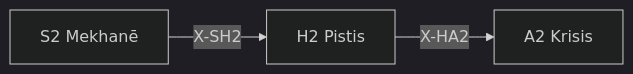
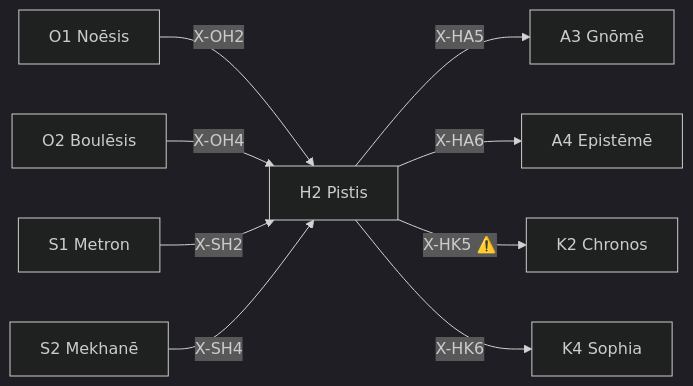
The diagram in .agent/skills/horme/h2-pistis/SKILL.md (laihuip001/hegemonikon), drawn with Mermaid (dark theme) before and after one commit. The commit also changed other lines of this file and 21 other files, not shown here.

````diff
--- a/.agent/skills/horme/h2-pistis/SKILL.md
+++ b/.agent/skills/horme/h2-pistis/SKILL.md
@@ -88,5 +125,11 @@
 ```mermaid
 graph LR
-    S2[S2 Mekhanē] -->|X-SH2| H2[H2 Pistis]
-    H2 -->|X-HA2| A2[A2 Krisis]
+    O1[O1 Noēsis] -->|X-OH2| H2[H2 Pistis]
+    O2[O2 Boulēsis] -->|X-OH4| H2
+    S1[S1 Metron] -->|X-SH2| H2
+    S2[S2 Mekhanē] -->|X-SH4| H2
+    H2 -->|X-HA5| A3[A3 Gnōmē]
+    H2 -->|X-HA6| A4[A4 Epistēmē]
+    H2 -->|X-HK5 ⚠️| K2[K2 Chronos]
+    H2 -->|X-HK6| K4[K4 Sophia]
 ```
````
